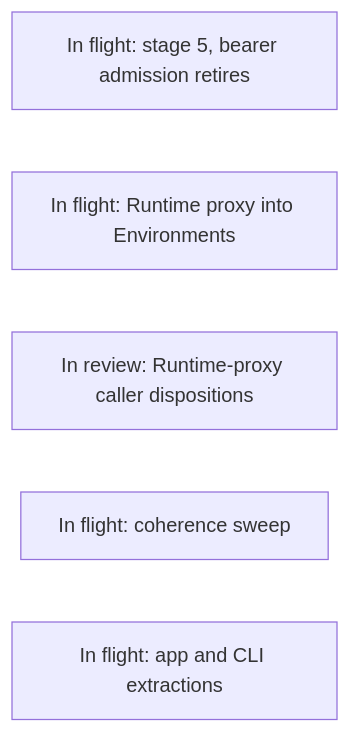
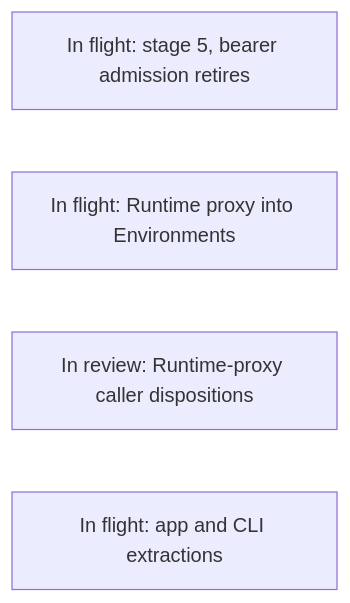
The first of 21 diagrams in agentplane/plans/task_dag.md (agentydragon/ducktape), drawn with Mermaid before and after one commit. The commit also changed other lines of this file, not shown here.

Commit message:
docs(agentplane): retire the completed coherence audit node

````diff
--- a/agentplane/plans/task_dag.md
+++ b/agentplane/plans/task_dag.md
@@ -209,8 +208,7 @@
 ```mermaid
 flowchart LR
     PRIVILEGED_BACKEND_AUTH_DESIGN[In flight: stage 5, bearer admission retires]
     RUNTIME_PROXY_TO_ENVIRONMENTS[In flight: Runtime proxy into Environments]
     RUNTIME_PROXY_CALLER_AUDIT[In review: Runtime-proxy caller dispositions]
-    REFACTOR_COHERENCE_AUDIT[In flight: coherence sweep]
     GO_LOCAL_EXTRACTIONS[In flight: app and CLI extractions]
 ```
````
